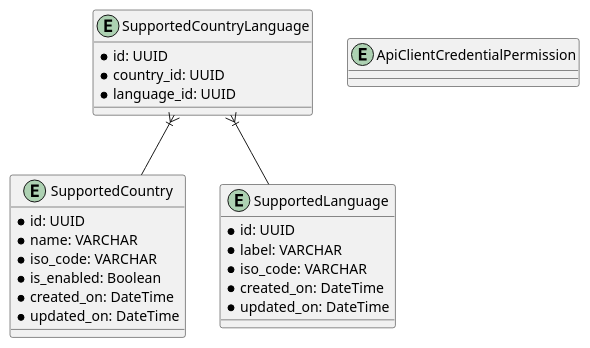
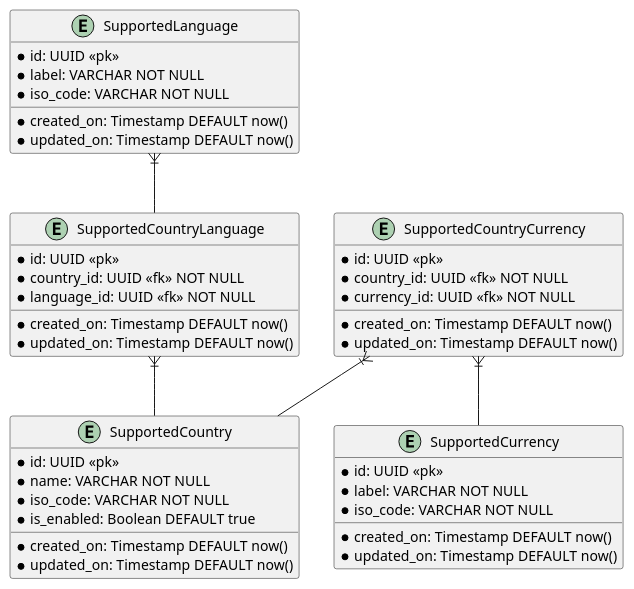
Before and after one commit to naabotoo/project-eneon-api-service: the diagram in documentations/supported_countries.wsd, drawn with PlantUML. The commit also changed 6 other files, not shown here.

Commit message:
wip: sql scripts for supported countries, introduction of sign up service

```diff
--- a/documentations/supported_countries.wsd
+++ b/documentations/supported_countries.wsd
@@ -1,32 +1,48 @@
 @startuml supported_countries
-    entity "SupportedCountry" as supported_countries {
-        * id: UUID
-        * name: VARCHAR
-        * iso_code: VARCHAR
-        * is_enabled: Boolean
-        * created_on: DateTime
-        * updated_on: DateTime
+    entity supported_countries as "SupportedCountry"  {
+        * id: UUID <<pk>>
+        * name: VARCHAR NOT NULL
+        * iso_code: VARCHAR NOT NULL
+        * is_enabled: Boolean DEFAULT true
+        * created_on: Timestamp DEFAULT now()
+        * updated_on: Timestamp DEFAULT now()
     }
 
-    entity "SupportedLanguage" as supported_languages {
-        * id: UUID
-        * label: VARCHAR
-        * iso_code: VARCHAR
-        * created_on: DateTime
-        * updated_on: DateTime
+    entity supported_languages as "SupportedLanguage"  {
+        * id: UUID <<pk>>
+        * label: VARCHAR NOT NULL
+        * iso_code: VARCHAR NOT NULL
+        * created_on: Timestamp DEFAULT now()
+        * updated_on: Timestamp DEFAULT now()
     }
 
-    entity "SupportedCountryLanguage" as supported_country_language {
-        * id: UUID
-        * country_id: UUID
-        * language_id: UUID
+    entity supported_currencies as "SupportedCurrency" {
+        * id: UUID <<pk>>
+        * label: VARCHAR NOT NULL
+        * iso_code: VARCHAR NOT NULL
+        * created_on: Timestamp DEFAULT now()
+        * updated_on: Timestamp DEFAULT now()
     }
 
-    entity "ApiClientCredentialPermission" as api_client_credential_permissions {
+    entity supported_country_language as "SupportedCountryLanguage"  {
+        * id: UUID <<pk>>
+        * country_id: UUID <<fk>> NOT NULL
+        * language_id: UUID <<fk>> NOT NULL
+        * created_on: Timestamp DEFAULT now()
+        * updated_on: Timestamp DEFAULT now()
+    }
 
+    entity supported_country_currencies as "SupportedCountryCurrency"  {
+        * id: UUID <<pk>>
+        * country_id: UUID <<fk>> NOT NULL
+        * currency_id: UUID <<fk>> NOT NULL
+        * created_on: Timestamp DEFAULT now()
+        * updated_on: Timestamp DEFAULT now()
     }
 
     supported_country_language }|-- supported_countries
-    supported_country_language }|-- supported_languages
+    supported_country_currencies }|-- supported_countries
+    supported_languages }|-- supported_country_language
+    supported_country_currencies }|-- supported_currencies
 
 @enduml
```
